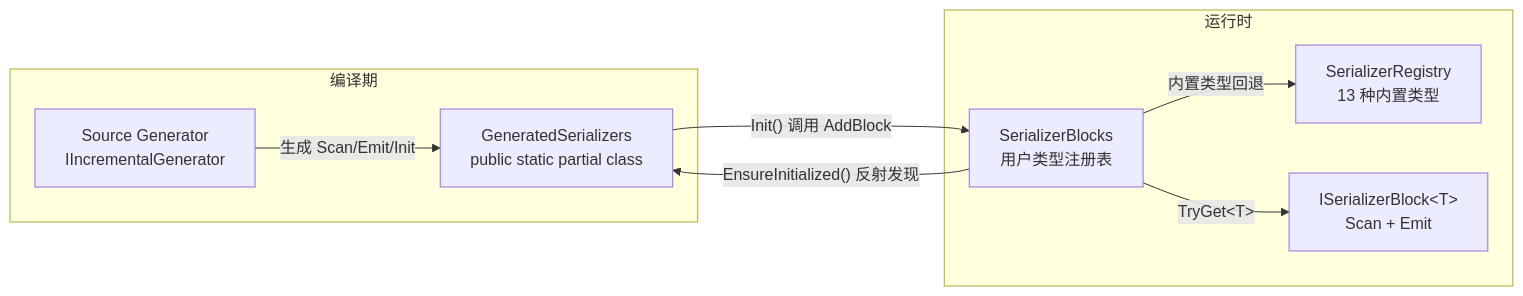
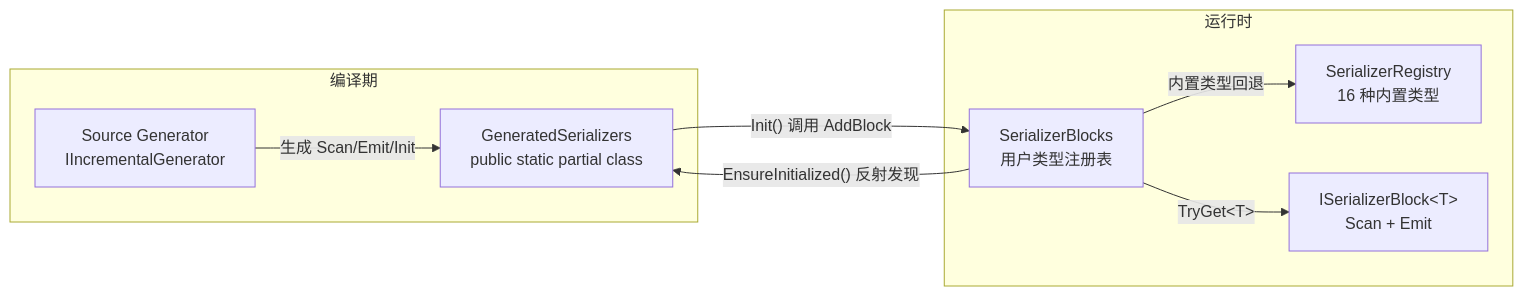
One commit to twds0x13/SourceSerializer changed the second of 2 diagrams in docs/guide/core-concepts.md. Above: the diagram before and after it, drawn with Mermaid. The commit also changed other lines of this file and 33 other files, not shown here.

````diff
--- a/docs/guide/core-concepts.md
+++ b/docs/guide/core-concepts.md
@@ -40,17 +40,17 @@
 ```mermaid
 flowchart LR
     subgraph COMPILE["编译期"]
         SG["Source Generator<br/>IIncrementalGenerator"]
         GS["GeneratedSerializers<br/>public static partial class"]
     end
     subgraph RUNTIME["运行时"]
         SB["SerializerBlocks<br/>用户类型注册表"]
-        SR["SerializerRegistry<br/>13 种内置类型"]
+        SR["SerializerRegistry<br/>16 种内置类型"]
         IB["ISerializerBlock&lt;T&gt;<br/>Scan + Emit"]
     end
     SG -->|"生成 Scan/Emit/Init"| GS
     GS -->|"Init() 调用 AddBlock"| SB
     SB -->|"TryGet&lt;T&gt;"| IB
     SB -->|"EnsureInitialized() 反射发现"| GS
     SB -->|"内置类型回退"| SR
 ```
````
